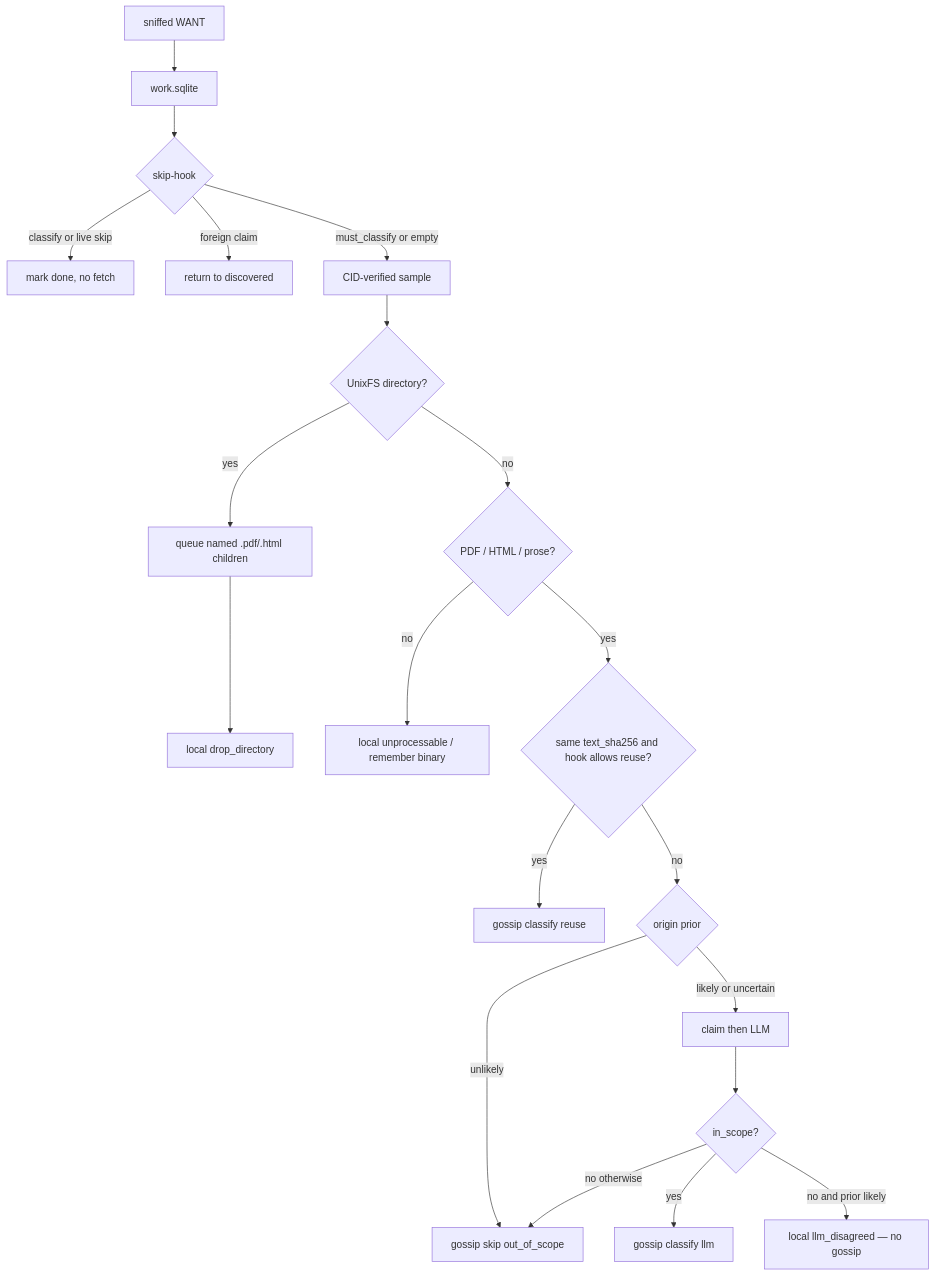
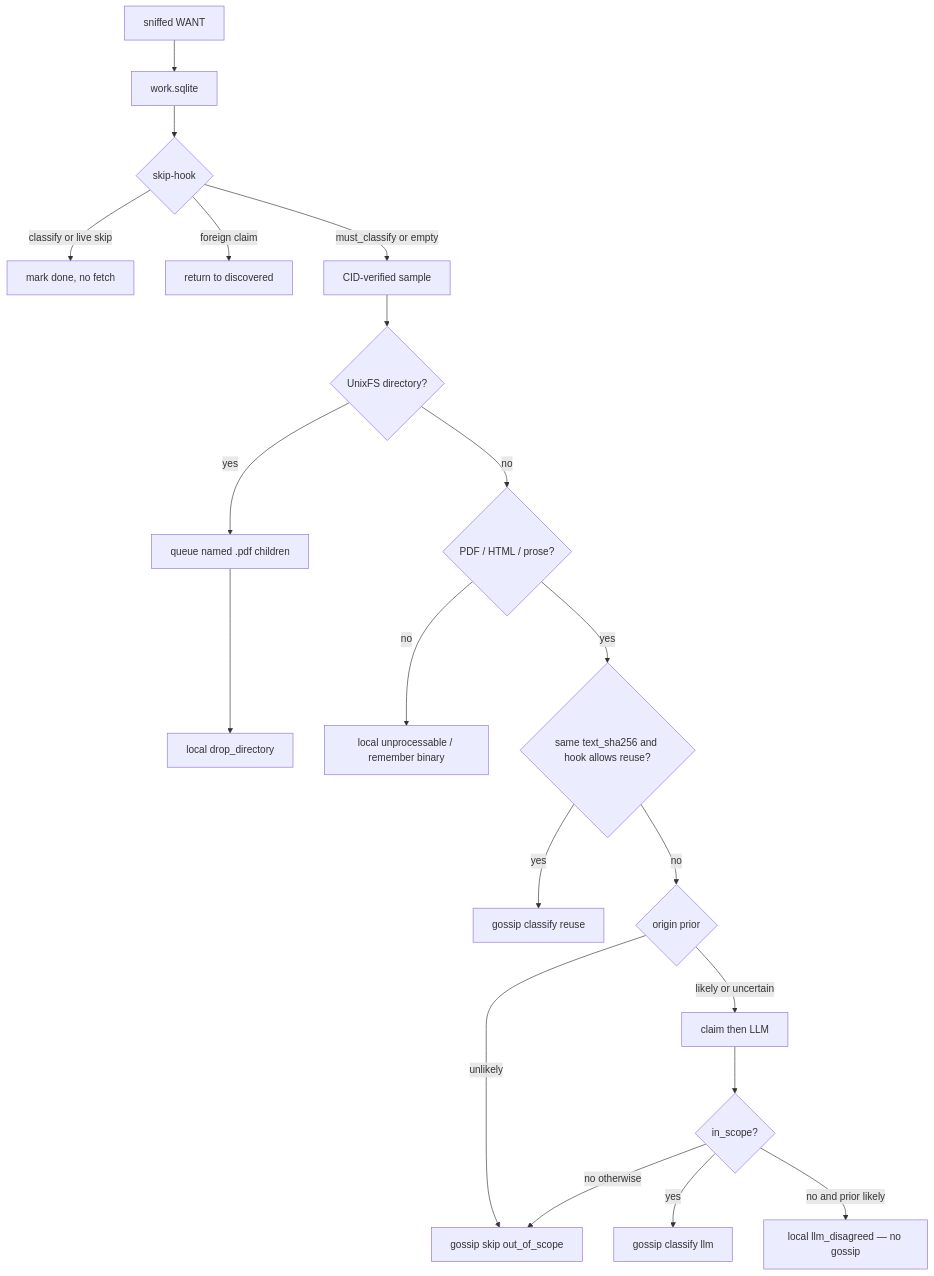
The third of 4 diagrams in docs/OVERVIEW.md (ihlec/IPFS-Observer-Club), drawn with Mermaid before and after one commit. The commit also changed other lines of this file and 8 other files, not shown here.

````diff
--- a/docs/OVERVIEW.md
+++ b/docs/OVERVIEW.md
@@ -202,22 +203,22 @@
 ```mermaid
 flowchart TD
   want[sniffed WANT] --> q[work.sqlite]
   q --> hook{skip-hook}
   hook -->|classify or live skip| stop[mark done, no fetch]
   hook -->|foreign claim| wait[return to discovered]
   hook -->|must_classify or empty| fetch[CID-verified sample]
   fetch --> dir{UnixFS directory?}
-  dir -->|yes| named["queue named .pdf/.html children"]
+  dir -->|yes| named["queue named .pdf children"]
   named --> gdir["local drop_directory"]
   dir -->|no| mime{PDF / HTML / prose?}
   mime -->|no| loc["local unprocessable / remember binary"]
   mime -->|yes| fp{same text_sha256 and hook allows reuse?}
   fp -->|yes| reuse["gossip classify reuse"]
   fp -->|no| prior{origin prior}
   prior -->|unlikely| gscope["gossip skip out_of_scope"]
   prior -->|likely or uncertain| claim["claim then LLM"]
   claim --> inscope{in_scope?}
   inscope -->|yes| gclass["gossip classify llm"]
   inscope -->|no and prior likely| quiet["local llm_disagreed — no gossip"]
   inscope -->|no otherwise| gscope
 ```
````
